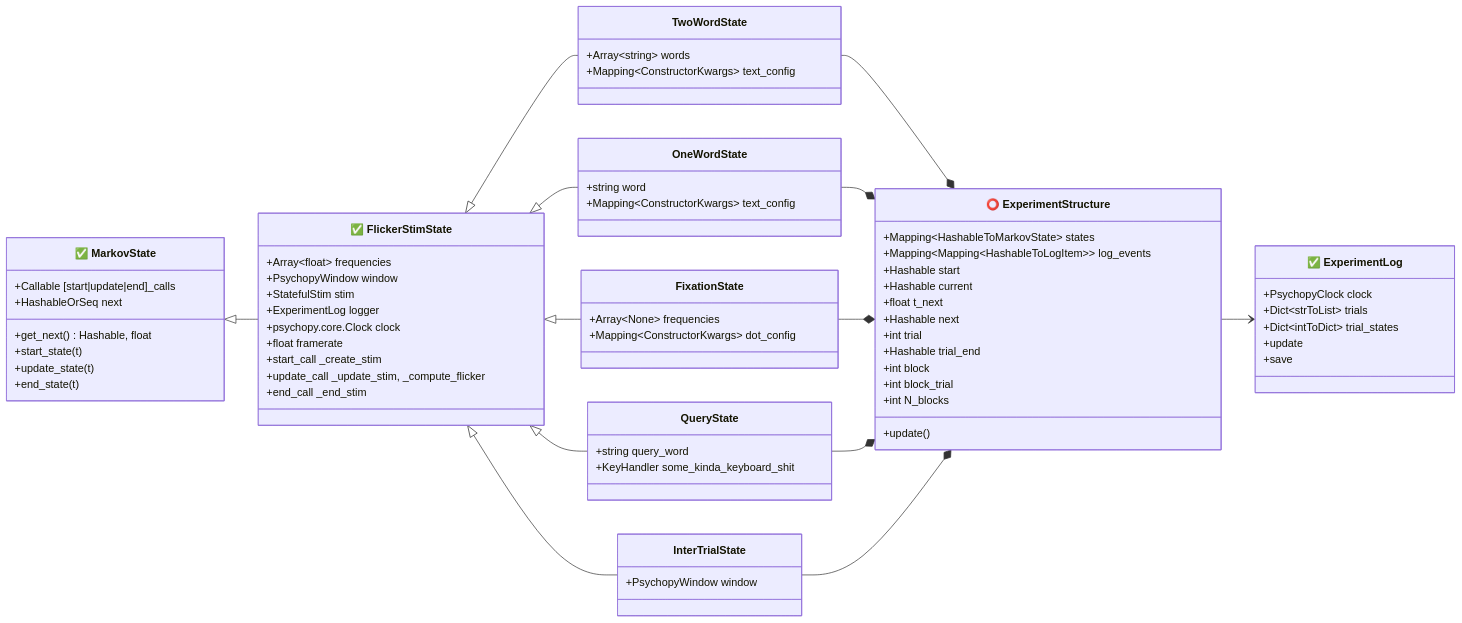
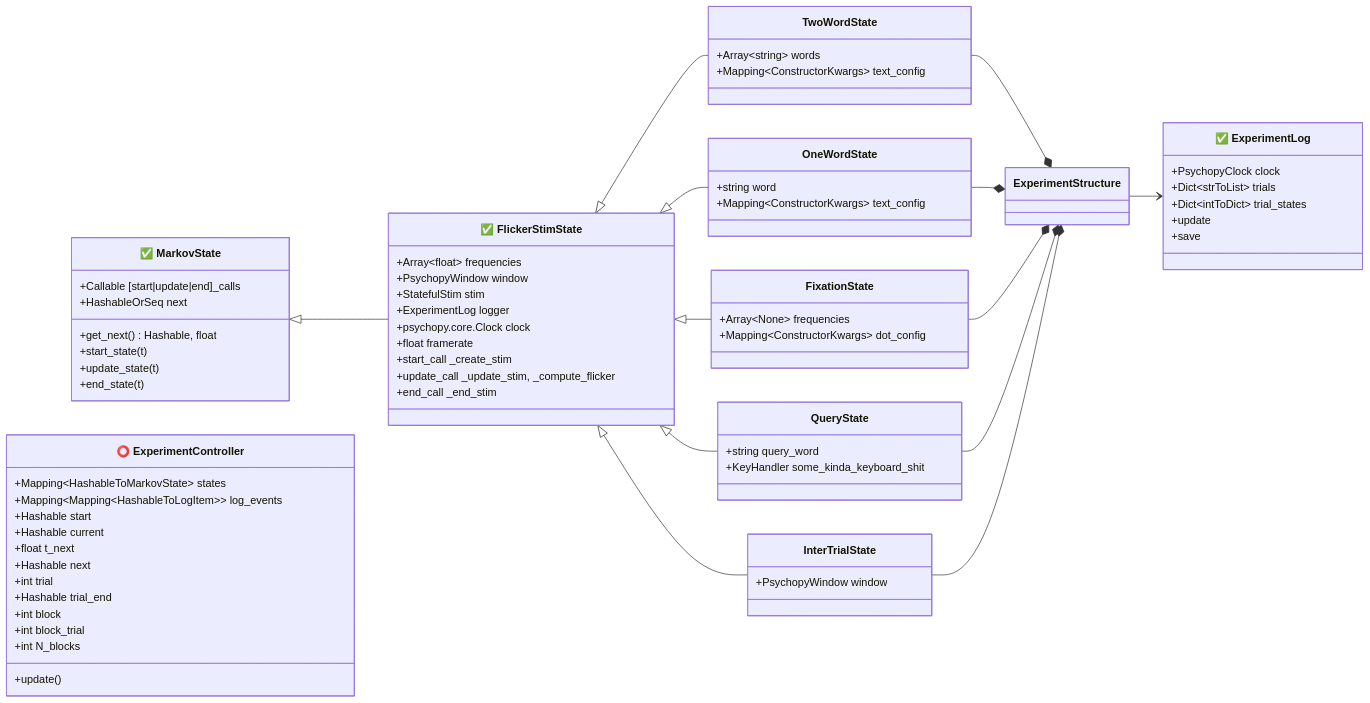
Before and after one commit to neurolingo-lab/language-intermodulation: the diagram in docs/code_structure.md, drawn with Mermaid. The commit also changed 2 other files, not shown here.

Commit message:
logic diagrams

````diff
--- a/docs/code_structure.md
+++ b/docs/code_structure.md
@@ -1,75 +1,75 @@
 ```mermaid
 classDiagram
     direction  LR
     class  MarkovState["✅ MarkovState"]  {
         +Callable  [start|update|end]_calls
         +HashableOrSeq  next
 		+get_next()  Hashable,  float
 		+start_state(t)
 		+update_state(t)
 		+end_state(t)
     }
     class  FlickerStimState["✅ FlickerStimState"]  {
 		+Array~float~  frequencies
 		+PsychopyWindow  window
 		+StatefulStim  stim
 		+ExperimentLog logger
 		+psychopy.core.Clock clock
 		+float framerate
 		+start_call  _create_stim
 		+update_call  _update_stim, _compute_flicker
 		+end_call  _end_stim
     }
     class  TwoWordState  {
 		+Array~string~  words
 		+Mapping~ConstructorKwargs~ text_config
     }
     class  OneWordState  {
 	    +string  word
 	    +Mapping~ConstructorKwargs~ text_config
     }
     class  FixationState  {
         +Array~None~ frequencies
         +Mapping~ConstructorKwargs~ dot_config
     }
     class  QueryState  {
         +string query_word
         +KeyHandler some_kinda_keyboard_shit
     }
     class  InterTrialState  {
         +PsychopyWindow  window
     }
     MarkovState  <|--  FlickerStimState
     FlickerStimState  <|--  TwoWordState
     FlickerStimState  <|--  OneWordState
     FlickerStimState  <|--  FixationState
     FlickerStimState  <|--  QueryState
     FlickerStimState  <|--  InterTrialState
-    class  ExperimentStructure["⭕ ExperimentStructure"]  {
+    class  ExperimentController["⭕ ExperimentController"]  {
         +Mapping~HashableToMarkovState~  states
         +Mapping~Mapping~HashableToLogItem~~ log_events
         +Hashable  start
         +Hashable  current
         +float  t_next
         +Hashable  next
         +int  trial
         +Hashable  trial_end
         +int  block
         +int  block_trial
         +int  N_blocks
         +update()
     }
     TwoWordState  --*  ExperimentStructure
     OneWordState  --*  ExperimentStructure
     FixationState  --*  ExperimentStructure
     QueryState  --*  ExperimentStructure
     InterTrialState  --*  ExperimentStructure
     class ExperimentLog["✅ ExperimentLog"]  {
         +PsychopyClock  clock
         +Dict~strToList~  trials
         +Dict~intToDict~  trial_states
         +update
         +save
     }
     ExperimentStructure --> ExperimentLog
 ```
````
